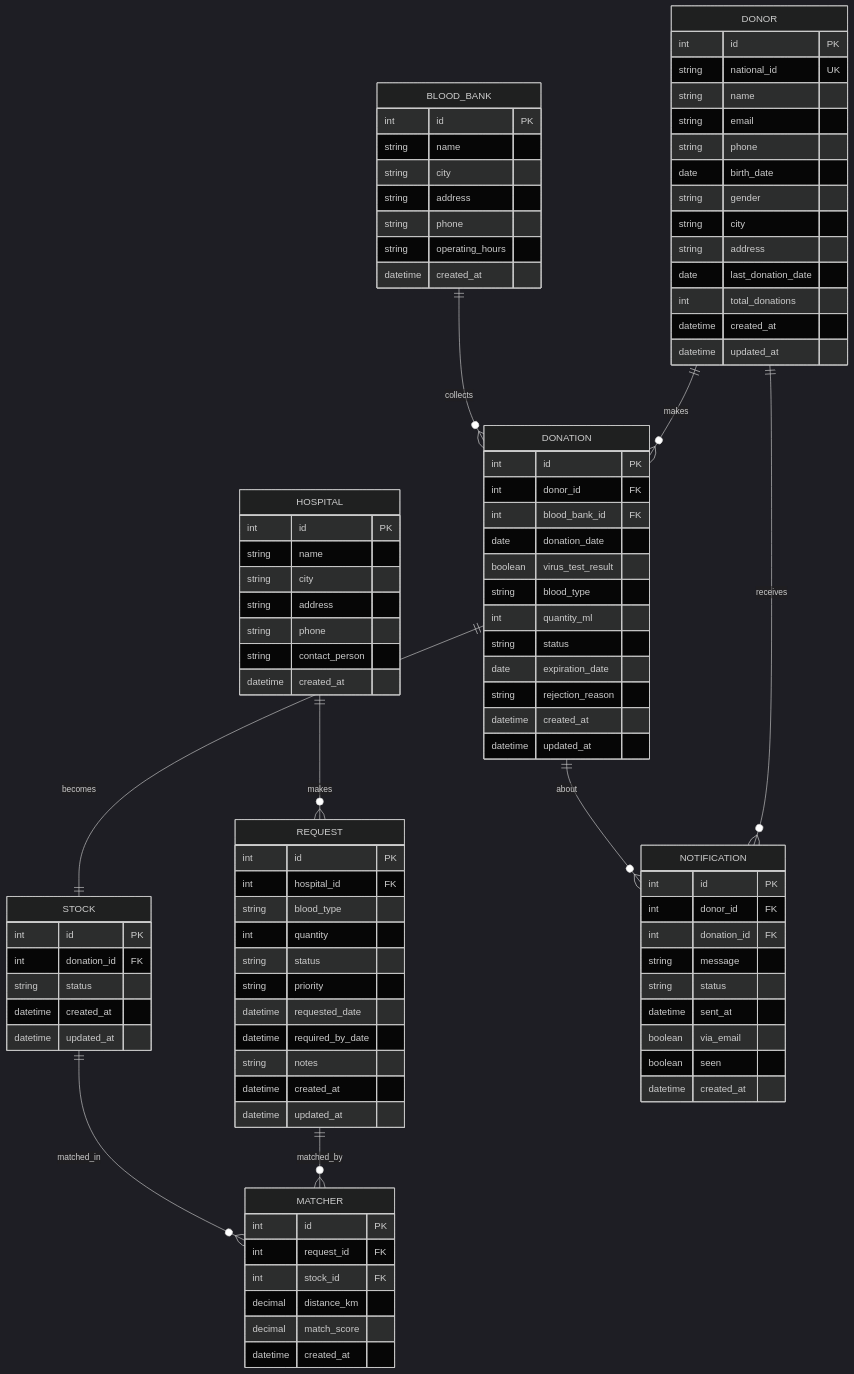
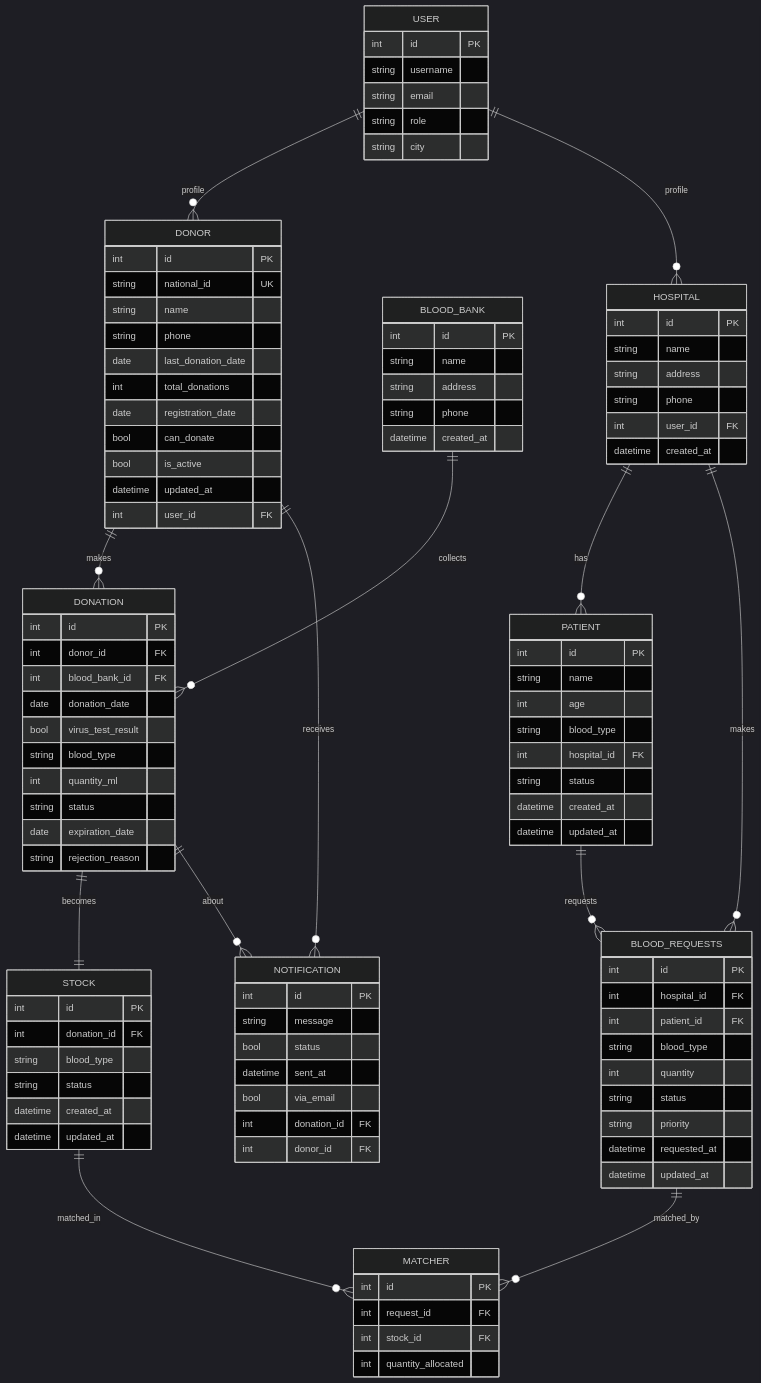
One commit to AhmedSolimanGhonaim/cyclic-blood changed the diagram in readme.md. Above: the diagram before and after it, drawn with Mermaid (dark theme). The commit also changed other lines of this file and 6 other files, not shown here.

Commit message:
updates on erd

```diff
--- a/readme.md
+++ b/readme.md
@@ -15,24 +14,20 @@
         int id PK
         string national_id UK
         string name
-        string email
         string phone
-        date birth_date
-        string gender
-        string city
-        string address
         date last_donation_date
         int total_donations
-        datetime created_at
+        date registration_date
+        bool can_donate
+        bool is_active
         datetime updated_at
+        int user_id FK
     }
     BLOOD_BANK {
         int id PK
         string name
-        string city
         string address
         string phone
-        string operating_hours
         datetime created_at
     }
     DONATION {
@@ -40,18 +35,17 @@
         int donor_id FK
         int blood_bank_id FK
         date donation_date
-        boolean virus_test_result
+        bool virus_test_result
         string blood_type
         int quantity_ml
         string status
         date expiration_date
         string rejection_reason
-        datetime created_at
-        datetime updated_at
     }
     STOCK {
         int id PK
         int donation_id FK
+        string blood_type
         string status
         datetime created_at
         datetime updated_at
@@ -59,49 +53,63 @@
     HOSPITAL {
         int id PK
         string name
-        string city
         string address
         string phone
-        string contact_person
+        int user_id FK
         datetime created_at
     }
-    REQUEST {
+    PATIENT {
+        int id PK
+        string name
+        int age
+        string blood_type
+        int hospital_id FK
+        string status
+        datetime created_at
+        datetime updated_at
+    }
+    BLOOD_REQUESTS {
         int id PK
         int hospital_id FK
+        int patient_id FK
         string blood_type
         int quantity
         string status
         string priority
-        datetime requested_date
-        datetime required_by_date
-        string notes
-        datetime created_at
+        datetime requested_at
         datetime updated_at
     }
     MATCHER {
         int id PK
         int request_id FK
         int stock_id FK
-        decimal distance_km
-        decimal match_score
-        datetime created_at
+        int quantity_allocated
     }
     NOTIFICATION {
         int id PK
+        string message
+        bool status
+        datetime sent_at
+        bool via_email
+        int donation_id FK
         int donor_id FK
-        int donation_id FK
-        string message
-        string status
-        datetime sent_at
-        boolean via_email
-        boolean seen
-        datetime created_at
     }
+    USER {
+        int id PK
+        string username
+        string email
+        string role
+        string city
+    }
+    USER ||--o{ DONOR : "profile"
+    USER ||--o{ HOSPITAL : "profile"
     DONOR ||--o{ DONATION : "makes"
     BLOOD_BANK ||--o{ DONATION : "collects"
     DONATION ||--|| STOCK : "becomes"
-    HOSPITAL ||--o{ REQUEST : "makes"
-    REQUEST ||--o{ MATCHER : "matched_by"
+    HOSPITAL ||--o{ PATIENT : "has"
+    HOSPITAL ||--o{ BLOOD_REQUESTS : "makes"
+    PATIENT ||--o{ BLOOD_REQUESTS : "requests"
+    BLOOD_REQUESTS ||--o{ MATCHER : "matched_by"
     STOCK ||--o{ MATCHER : "matched_in"
     DONOR ||--o{ NOTIFICATION : "receives"
     DONATION ||--o{ NOTIFICATION : "about"
```
